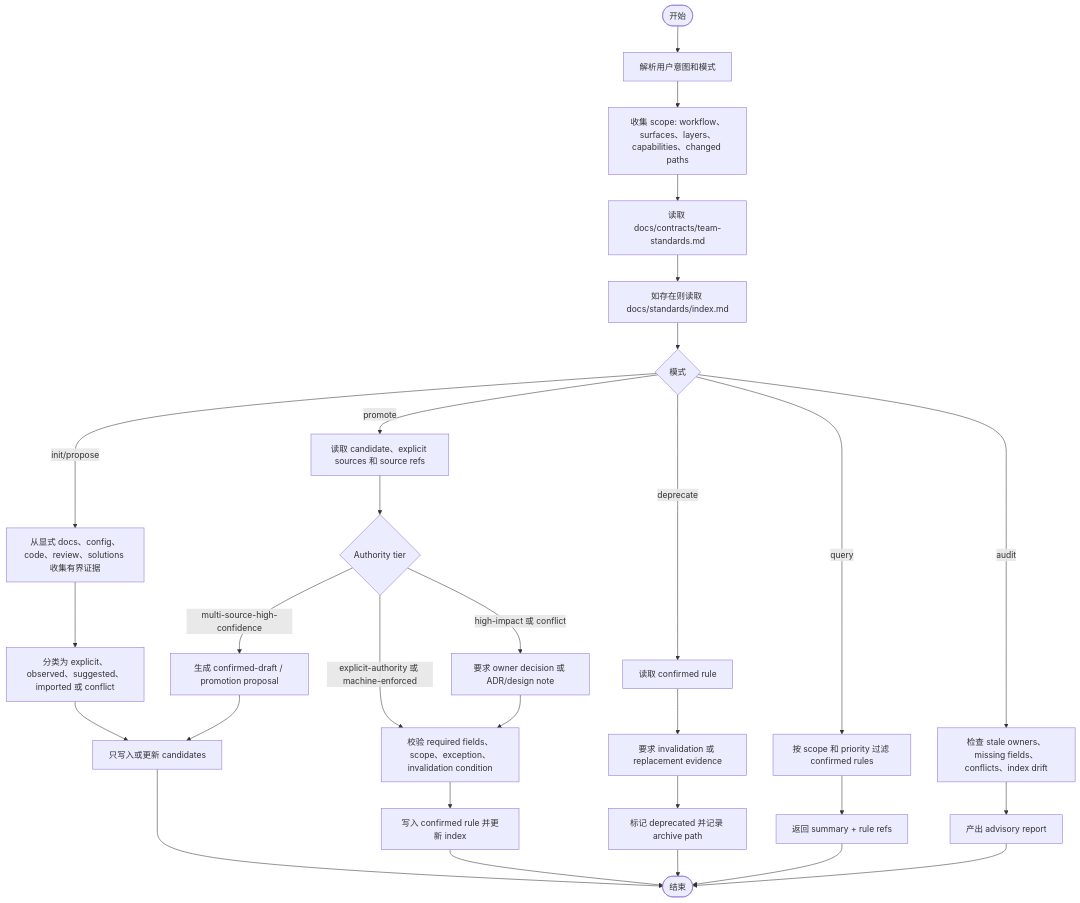
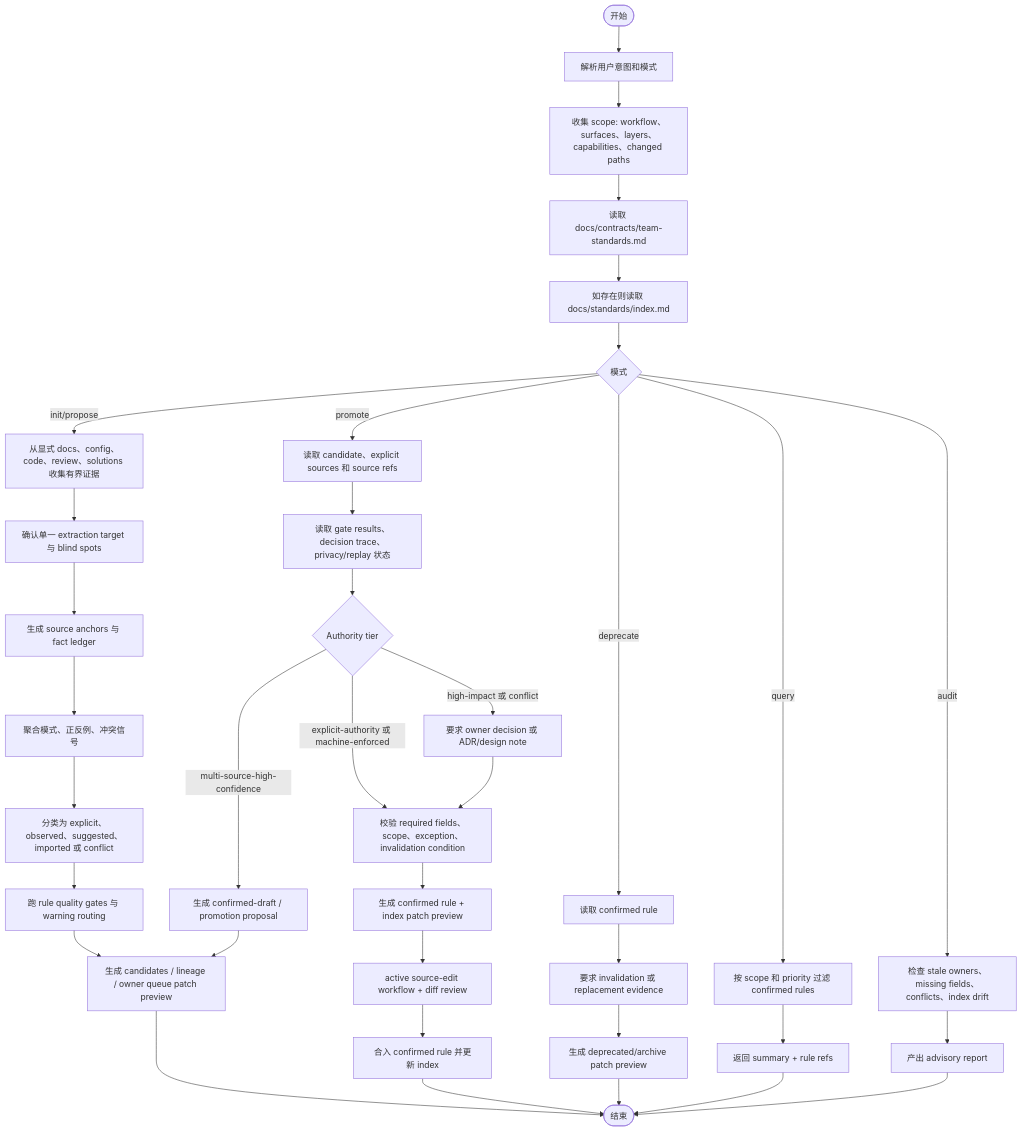
Before and after one commit to ajiao7240/spec-first: the fifth of 7 diagrams in docs/plans/2026-06-21-004-feat-team-standards-governance-layer-plan.md, drawn with Mermaid. The commit also changed other lines of this file and 13 other files, not shown here.

````diff
--- a/docs/plans/2026-06-21-004-feat-team-standards-governance-layer-plan.md
+++ b/docs/plans/2026-06-21-004-feat-team-standards-governance-layer-plan.md
@@ -687,37 +1013,44 @@
 ```mermaid
 flowchart TD
   Start([开始]) --> Parse[解析用户意图和模式]
   Parse --> Scope[收集 scope: workflow、surfaces、layers、capabilities、changed paths]
   Scope --> Contract[读取 docs/contracts/team-standards.md]
   Contract --> Index[如存在则读取 docs/standards/index.md]
   Index --> Mode{模式}
 
   Mode -->|query| Filter[按 scope 和 priority 过滤 confirmed rules]
   Filter --> Summary[返回 summary + rule refs]
 
   Mode -->|init/propose| Evidence[从显式 docs、config、code、review、solutions 收集有界证据]
-  Evidence --> Classify[分类为 explicit、observed、suggested、imported 或 conflict]
-  Classify --> Candidate[只写入或更新 candidates]
+  Evidence --> Profile[确认单一 extraction target 与 blind spots]
+  Profile --> Facts[生成 source anchors 与 fact ledger]
+  Facts --> Patterns[聚合模式、正反例、冲突信号]
+  Patterns --> Classify[分类为 explicit、observed、suggested、imported 或 conflict]
+  Classify --> Gates[跑 rule quality gates 与 warning routing]
+  Gates --> Candidate[生成 candidates / lineage / owner queue patch preview]
 
   Mode -->|promote| CandidateRead[读取 candidate、explicit sources 和 source refs]
-  CandidateRead --> Tier{Authority tier}
+  CandidateRead --> GateReview[读取 gate results、decision trace、privacy/replay 状态]
+  GateReview --> Tier{Authority tier}
   Tier -->|explicit-authority 或 machine-enforced| Validate[校验 required fields、scope、exception、invalidation condition]
   Tier -->|multi-source-high-confidence| Draft[生成 confirmed-draft / promotion proposal]
   Tier -->|high-impact 或 conflict| Owner[要求 owner decision 或 ADR/design note]
   Owner --> Validate
-  Validate --> Confirmed[写入 confirmed rule 并更新 index]
+  Validate --> Patch[生成 confirmed rule + index patch preview]
+  Patch --> Review[active source-edit workflow + diff review]
+  Review --> Confirmed[合入 confirmed rule 并更新 index]
   Draft --> Candidate
 
   Mode -->|deprecate| RuleRead[读取 confirmed rule]
   RuleRead --> DepReason[要求 invalidation 或 replacement evidence]
-  DepReason --> Deprecated[标记 deprecated 并记录 archive path]
+  DepReason --> Deprecated[生成 deprecated/archive patch preview]
 
   Mode -->|audit| Audit[检查 stale owners、missing fields、conflicts、index drift]
   Audit --> Report[产出 advisory report]
 
   Candidate --> End([结束])
   Confirmed --> End
   Deprecated --> End
   Summary --> End
   Report --> End
 ```
````
